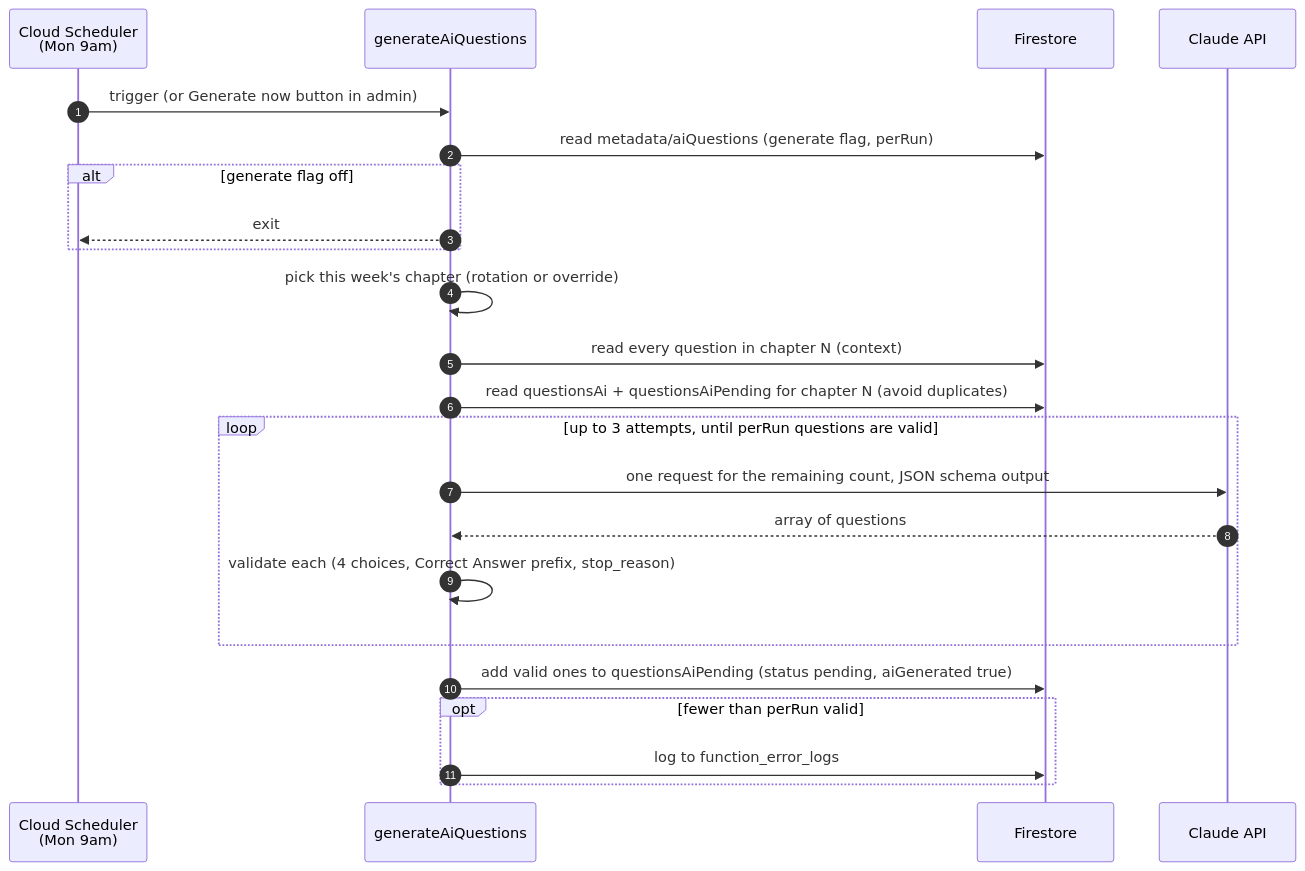
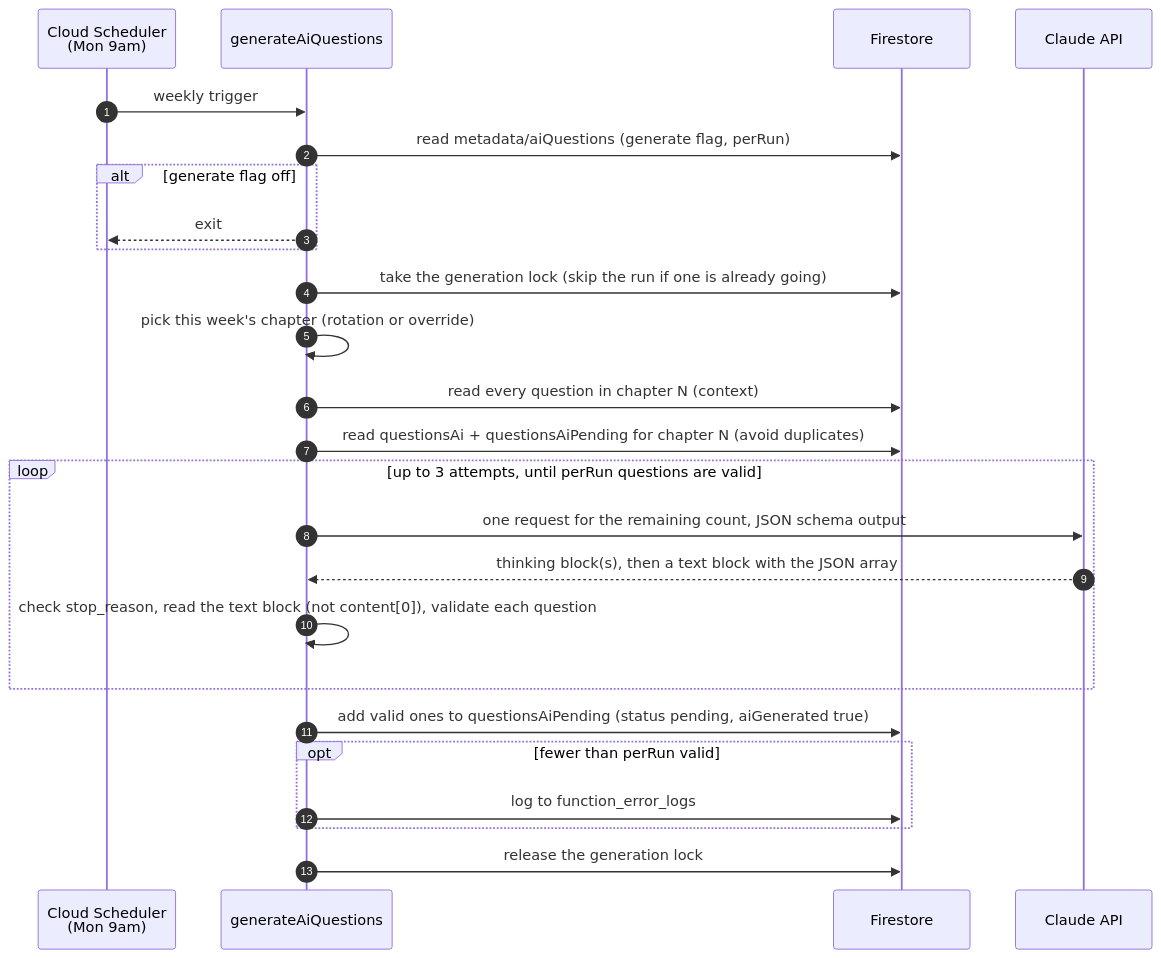
Before and after one commit to alexmcdermid/real-estate-quest-ai-gen: the third of 3 diagrams in docs/ai-question-flow.md, drawn with Mermaid. The commit also changed other lines of this file, not shown here.

First line of the commit message:
docs: address review of the AI question plan

````diff
--- a/docs/ai-question-flow.md
+++ b/docs/ai-question-flow.md
@@ -92,26 +92,28 @@
 ```mermaid
 sequenceDiagram
   autonumber
   participant S as Cloud Scheduler<br/>(Mon 9am)
   participant G as generateAiQuestions
   participant F as Firestore
   participant C as Claude API
 
-  S->>G: trigger (or Generate now button in admin)
+  S->>G: weekly trigger
   G->>F: read metadata/aiQuestions (generate flag, perRun)
   alt generate flag off
     G-->>S: exit
   end
+  G->>F: take the generation lock (skip the run if one is already going)
   G->>G: pick this week's chapter (rotation or override)
   G->>F: read every question in chapter N (context)
   G->>F: read questionsAi + questionsAiPending for chapter N (avoid duplicates)
   loop up to 3 attempts, until perRun questions are valid
     G->>C: one request for the remaining count, JSON schema output
-    C-->>G: array of questions
-    G->>G: validate each (4 choices, Correct Answer prefix, stop_reason)
+    C-->>G: thinking block(s), then a text block with the JSON array
+    G->>G: check stop_reason, read the text block (not content[0]), validate each question
   end
   G->>F: add valid ones to questionsAiPending (status pending, aiGenerated true)
   opt fewer than perRun valid
     G->>F: log to function_error_logs
   end
+  G->>F: release the generation lock
 ```
````
